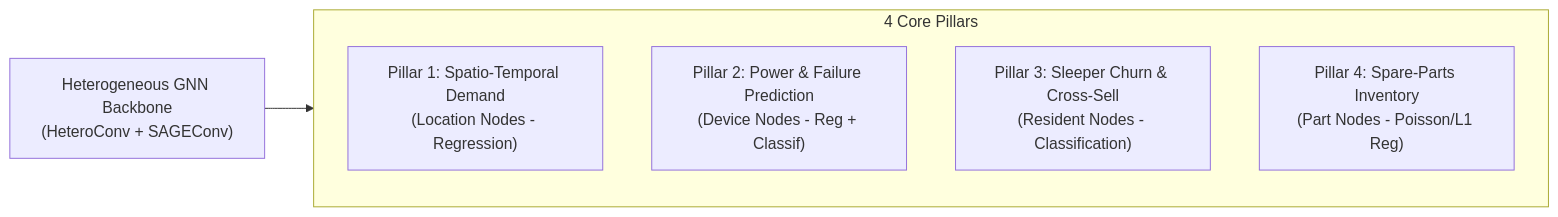
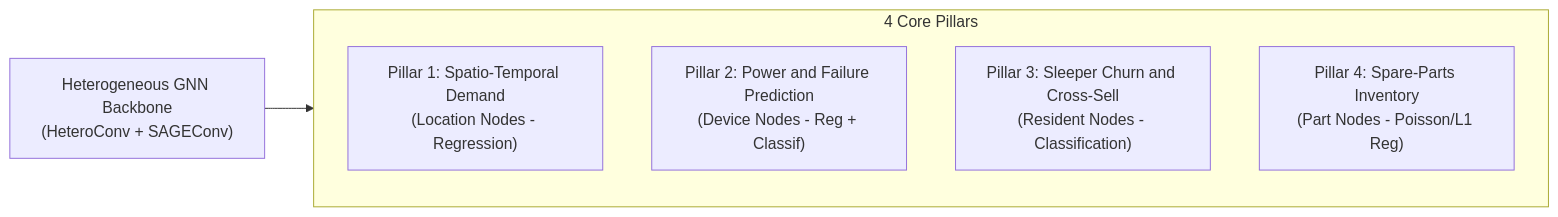
One commit to AnimeshBasak-14/SmartHVAC changed the diagram in docs/ml_lifecycle/01_Problem_Definition.md. Above: the diagram before and after it, drawn with Mermaid. The commit also changed 51 other files, not shown here.

````diff
--- a/docs/ml_lifecycle/01_Problem_Definition.md
+++ b/docs/ml_lifecycle/01_Problem_Definition.md
@@ -24,10 +24,10 @@
 ```mermaid
-graph LR
-    subgraph MultiTask_Objectives [4 Core Pillars]
+flowchart LR
+    subgraph MultiTask_Objectives["4 Core Pillars"]
         P1["Pillar 1: Spatio-Temporal Demand<br>(Location Nodes - Regression)"]
-        P2["Pillar 2: Power & Failure Prediction<br>(Device Nodes - Reg + Classif)"]
-        P3["Pillar 3: Sleeper Churn & Cross-Sell<br>(Resident Nodes - Classification)"]
+        P2["Pillar 2: Power and Failure Prediction<br>(Device Nodes - Reg + Classif)"]
+        P3["Pillar 3: Sleeper Churn and Cross-Sell<br>(Resident Nodes - Classification)"]
         P4["Pillar 4: Spare-Parts Inventory<br>(Part Nodes - Poisson/L1 Reg)"]
     end
     HeteroGNN["Heterogeneous GNN Backbone<br>(HeteroConv + SAGEConv)"] --> MultiTask_Objectives
 ```
````
